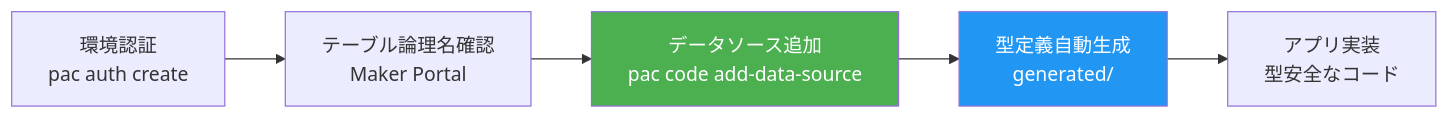
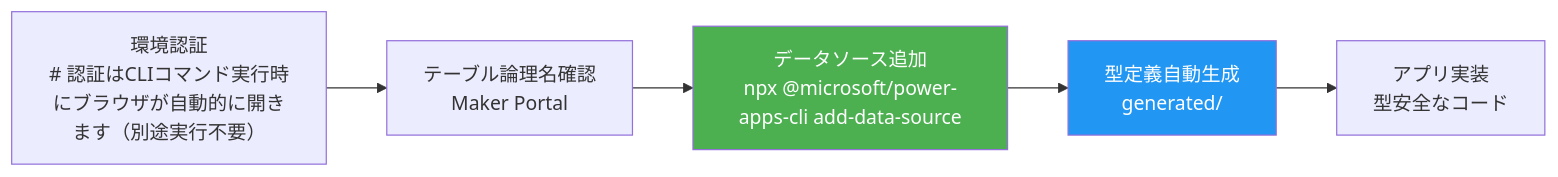
One commit to PLUG365/DecisionFlow changed the fourth of 6 diagrams in PHASE3_DATA_INTEGRATION.md. Above: the diagram before and after it, drawn with Mermaid. The commit also changed other lines of this file and 12 other files, not shown here.

First line of the commit message:
docs: replace pac CLI with @microsoft/power-apps-cli npm package

````diff
--- a/PHASE3_DATA_INTEGRATION.md
+++ b/PHASE3_DATA_INTEGRATION.md
@@ -662,10 +662,10 @@
 ```mermaid
 graph LR
-    A[環境認証<br/>pac auth create] --> B[テーブル論理名確認<br/>Maker Portal]
-    B --> C[データソース追加<br/>pac code add-data-source]
+    A[環境認証<br/># 認証はCLIコマンド実行時にブラウザが自動的に開きます（別途実行不要）] --> B[テーブル論理名確認<br/>Maker Portal]
+    B --> C[データソース追加<br/>npx @microsoft/power-apps-cli add-data-source]
     C --> D[型定義自動生成<br/>generated/]
     D --> E[アプリ実装<br/>型安全なコード]
     
     style C fill:#4CAF50,color:#fff
     style D fill:#2196F3,color:#fff
 ```
````
